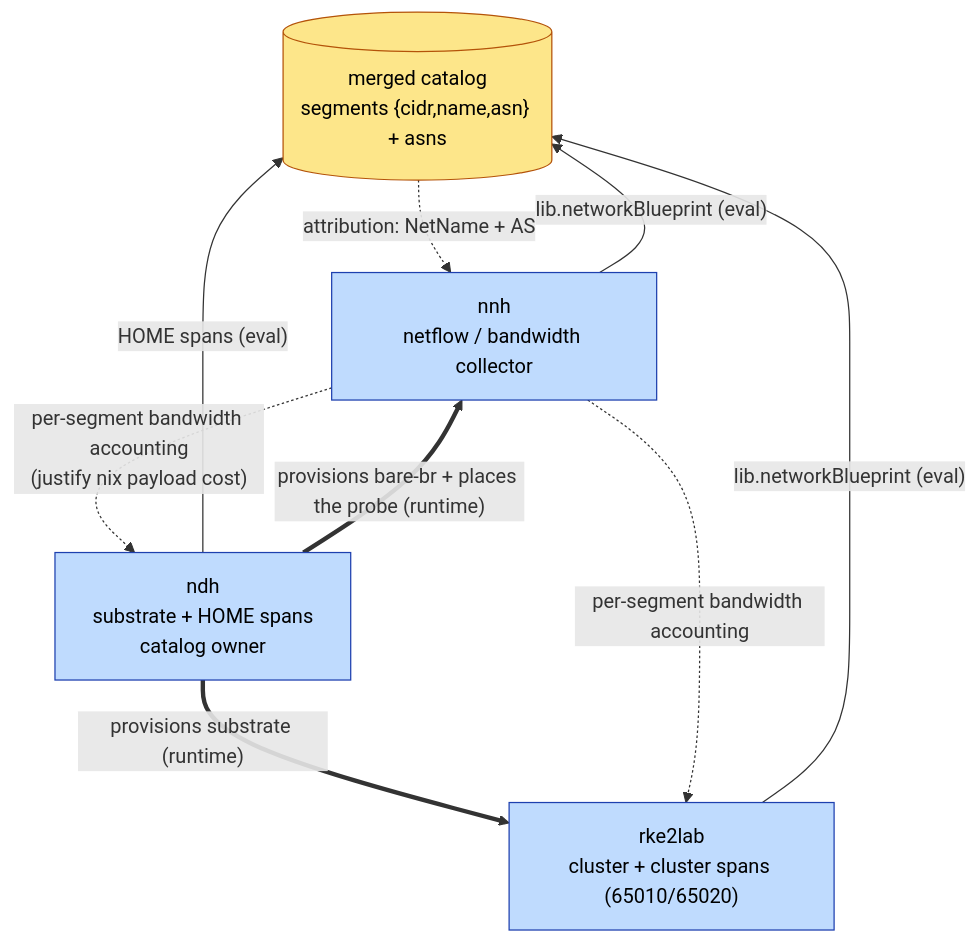
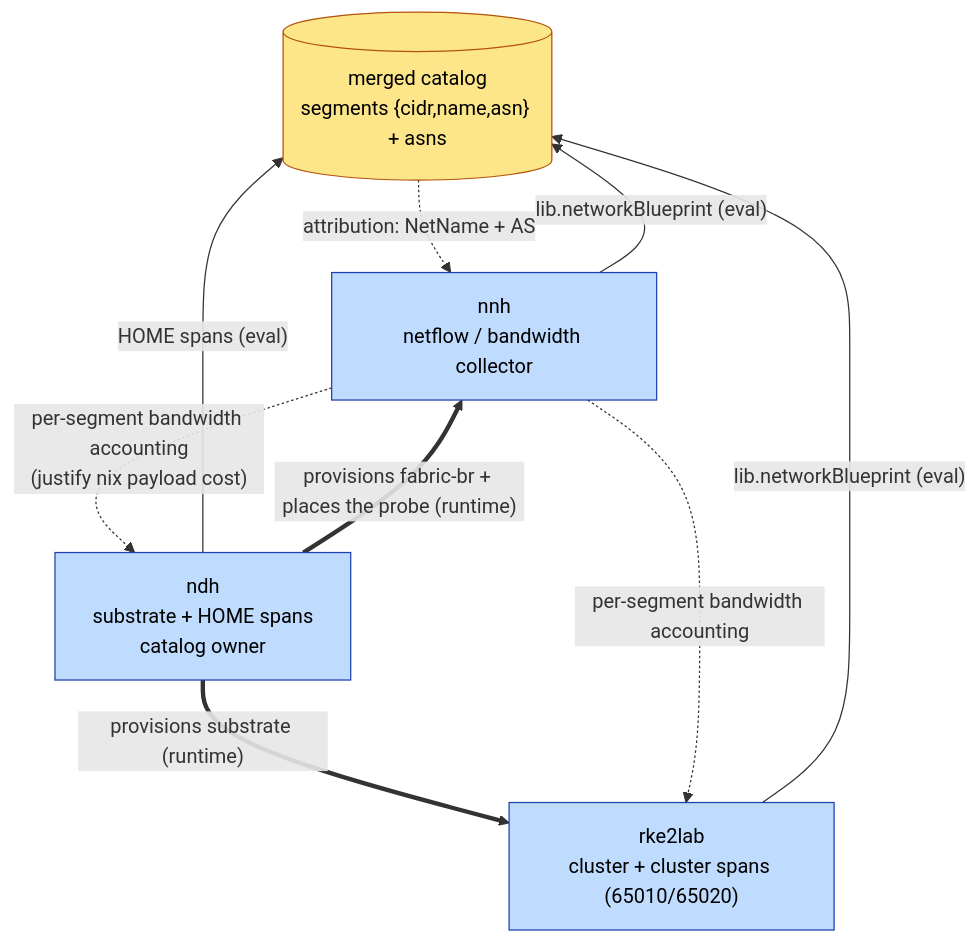
One commit to seedmatic/ndh changed the first of 3 diagrams in docs/network-catalog.adoc. Above: the diagram before and after it, drawn with Mermaid. The commit also changed other lines of this file and 11 other files, not shown here.

```diff
--- a/docs/network-catalog.adoc
+++ b/docs/network-catalog.adoc
@@ -54,22 +54,22 @@
 [mermaid]
 ....
 flowchart TB
   CAT[("merged catalog\nsegments {cidr,name,asn} + asns")]:::data
   NDH["ndh\nsubstrate + HOME spans\ncatalog owner"]:::sys
   RKE["rke2lab\ncluster + cluster spans (65010/65020)"]:::sys
   NNH["nnh\nnetflow / bandwidth collector"]:::sys
 
   NDH -->|"HOME spans (eval)"| CAT
   RKE -->|"lib.networkBlueprint (eval)"| CAT
   NNH -->|"lib.networkBlueprint (eval)"| CAT
 
   NDH ==>|"provisions substrate (runtime)"| RKE
-  NDH ==>|"provisions bare-br + places the probe (runtime)"| NNH
+  NDH ==>|"provisions fabric-br + places the probe (runtime)"| NNH
 
   CAT -.->|"attribution: NetName + AS"| NNH
   NNH -.->|"per-segment bandwidth accounting\n(justify nix payload cost)"| NDH
   NNH -.->|"per-segment bandwidth accounting"| RKE
 
   classDef data fill:#fde68a,stroke:#b45309,color:#000;
   classDef sys fill:#bfdbfe,stroke:#1e40af,color:#000;
 ....
```
